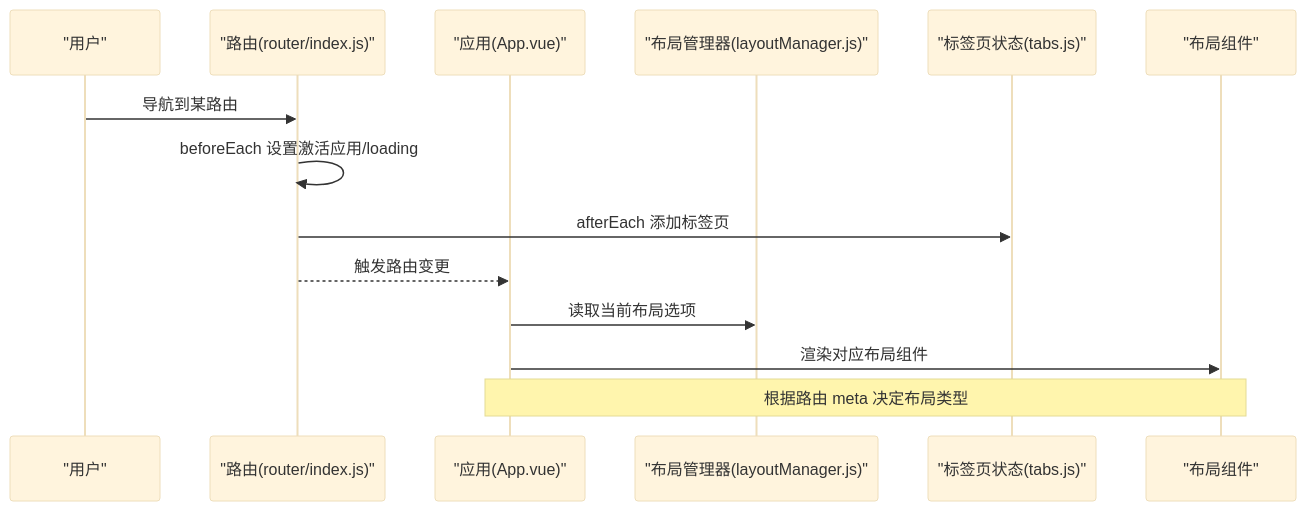
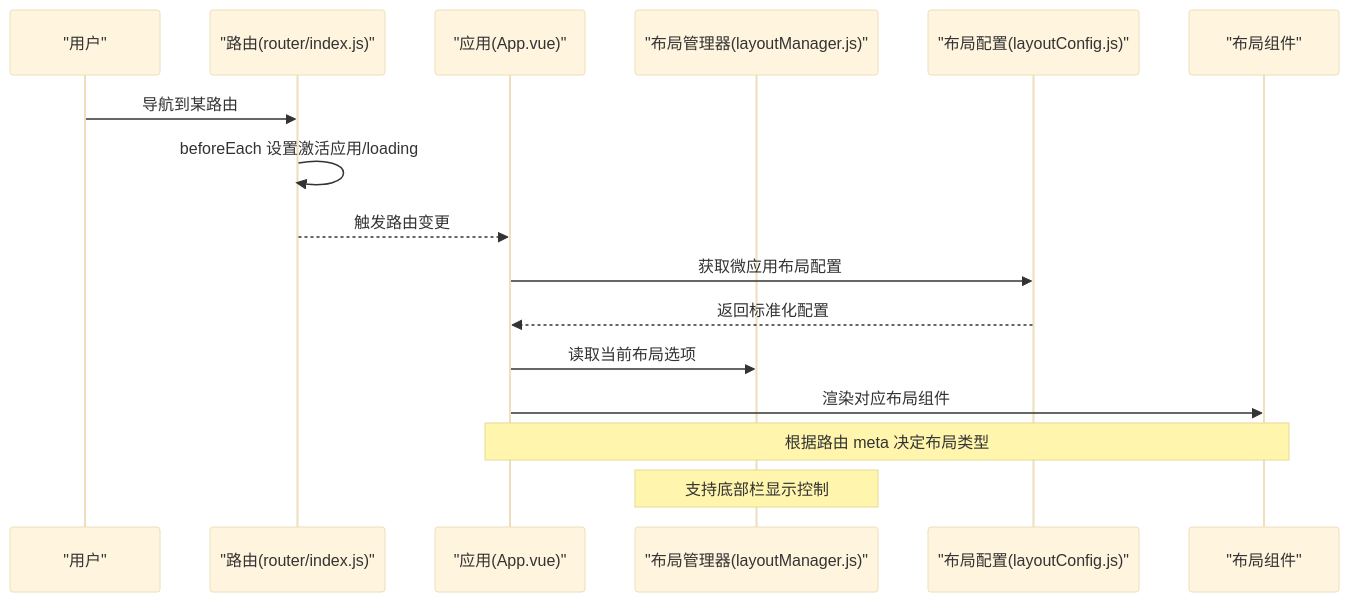
Before and after one commit to my-Sitara/artisan-base-frontend: the second of 7 diagrams in .qoder/repowiki/zh/content/核心组件/布局管理器.md, drawn with Mermaid (base theme). The commit also changed other lines of this file and 25 other files, not shown here.

````diff
--- a/.qoder/repowiki/zh/content/核心组件/布局管理器.md
+++ b/.qoder/repowiki/zh/content/核心组件/布局管理器.md
@@ -103,16 +102,18 @@
 ```mermaid
 sequenceDiagram
 participant U as "用户"
 participant R as "路由(router/index.js)"
 participant A as "应用(App.vue)"
 participant L as "布局管理器(layoutManager.js)"
-participant S as "标签页状态(tabs.js)"
+participant LC as "布局配置(layoutConfig.js)"
 participant C as "布局组件"
 U->>R : 导航到某路由
 R->>R : beforeEach 设置激活应用/loading
-R->>S : afterEach 添加标签页
 R-->>A : 触发路由变更
+A->>LC : 获取微应用布局配置
+LC-->>A : 返回标准化配置
 A->>L : 读取当前布局选项
 A->>C : 渲染对应布局组件
 Note over A,C : 根据路由 meta 决定布局类型
+Note over L : 支持底部栏显示控制
 ```
````
